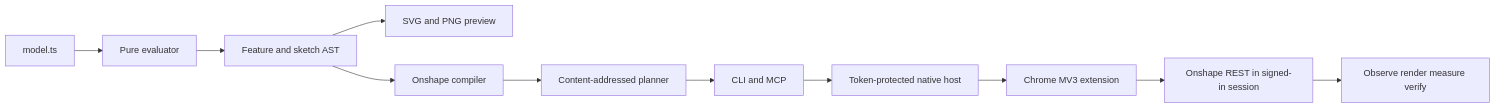
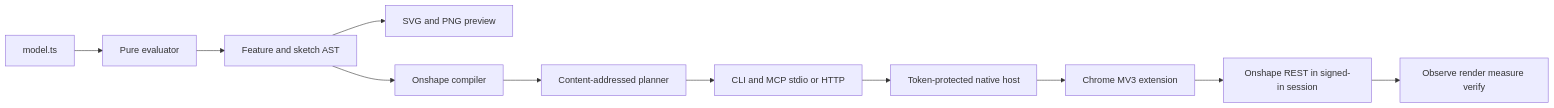
The diagram in apps/docs/architecture.md (ricokahler/onshape-cadscript), drawn with Mermaid before and after one commit. The commit also changed other lines of this file and 74 other files, not shown here.

````diff
--- a/apps/docs/architecture.md
+++ b/apps/docs/architecture.md
@@ -3,13 +3,13 @@
 ```mermaid
 flowchart LR
   M[model.ts] --> E[Pure evaluator]
   E --> A[Feature and sketch AST]
   A --> P[SVG and PNG preview]
   A --> C[Onshape compiler]
   C --> L[Content-addressed planner]
-  L --> MCP[CLI and MCP]
+  L --> MCP[CLI and MCP stdio or HTTP]
   MCP --> H[Token-protected native host]
   H --> X[Chrome MV3 extension]
   X --> O[Onshape REST in signed-in session]
   O --> V[Observe render measure verify]
 ```
````
